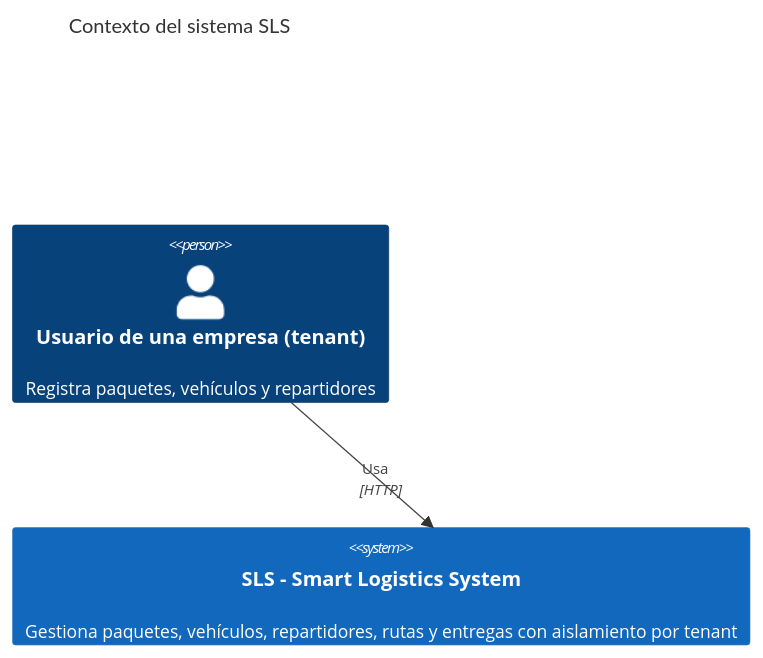
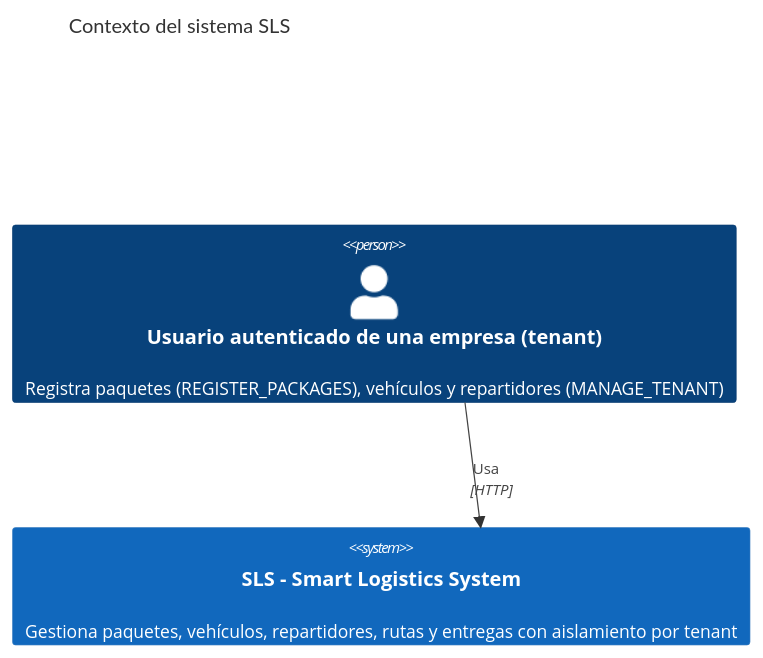
Before and after one commit to jmartch/SLS-Smart-Logistics-System: the first of 3 diagrams in docs/architecture/c4-registration.md, drawn with Mermaid. The commit also changed other lines of this file and 6 other files, not shown here.

````diff
--- a/docs/architecture/c4-registration.md
+++ b/docs/architecture/c4-registration.md
@@ -16,9 +19,9 @@
 ```mermaid
 C4Context
   title Contexto del sistema SLS
 
-  Person(user, "Usuario de una empresa (tenant)", "Registra paquetes, vehículos y repartidores")
+  Person(user, "Usuario autenticado de una empresa (tenant)", "Registra paquetes (REGISTER_PACKAGES), vehículos y repartidores (MANAGE_TENANT)")
   System(sls, "SLS - Smart Logistics System", "Gestiona paquetes, vehículos, repartidores, rutas y entregas con aislamiento por tenant")
 
   Rel(user, sls, "Usa", "HTTP")
 ```
````
